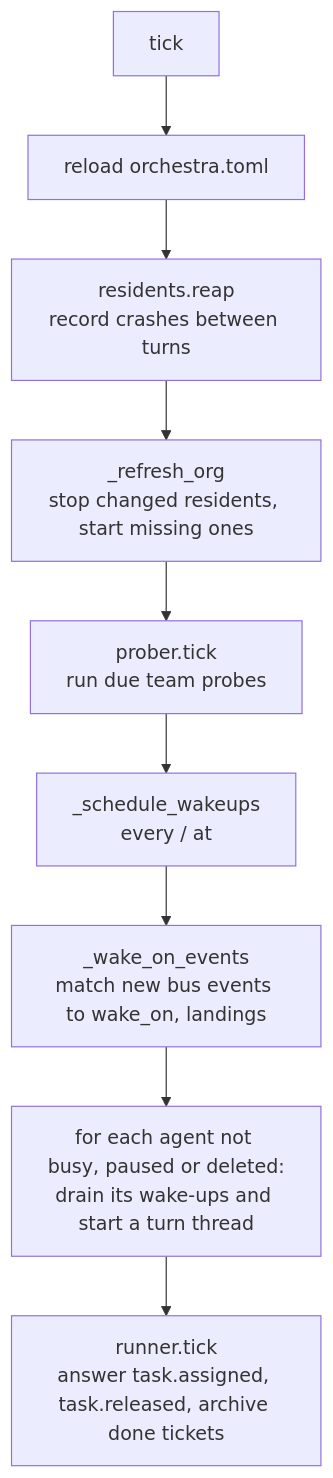
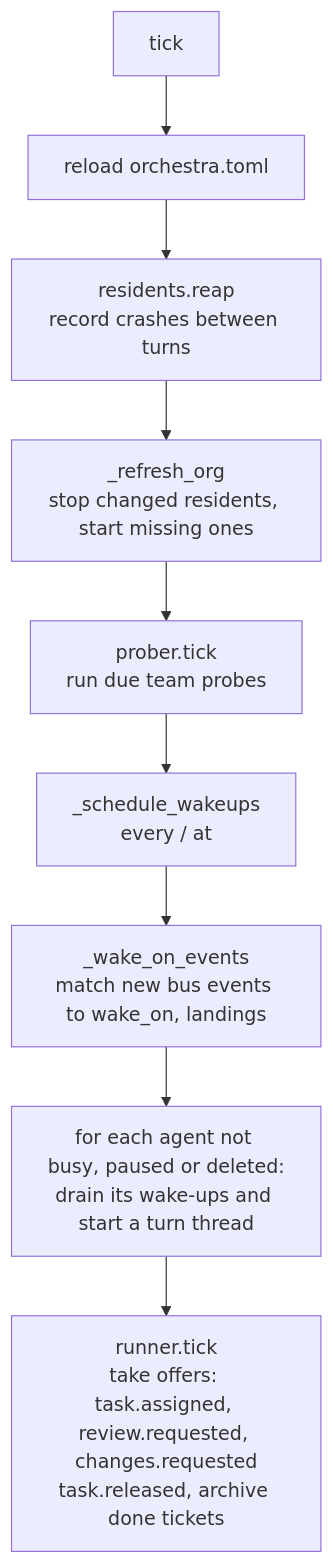
Before and after one commit to danroblewis/orchestra-agents: the second of 5 diagrams in ARCHITECTURE.md, drawn with Mermaid. The commit also changed other lines of this file and 19 other files, not shown here.

````diff
--- a/ARCHITECTURE.md
+++ b/ARCHITECTURE.md
@@ -214,11 +214,11 @@
 ```mermaid
 flowchart TD
   T[tick] --> C[reload orchestra.toml]
   C --> R[residents.reap<br/>record crashes between turns]
   R --> O[_refresh_org<br/>stop changed residents, start missing ones]
   O --> P[prober.tick<br/>run due team probes]
   P --> S[_schedule_wakeups<br/>every / at]
   S --> E[_wake_on_events<br/>match new bus events to wake_on, landings]
   E --> W[for each agent not busy, paused or deleted:<br/>drain its wake-ups and start a turn thread]
-  W --> RN[runner.tick<br/>answer task.assigned, task.released, archive done tickets]
+  W --> RN[runner.tick<br/>take offers: task.assigned, review.requested, changes.requested<br/>task.released, archive done tickets]
 ```
````
